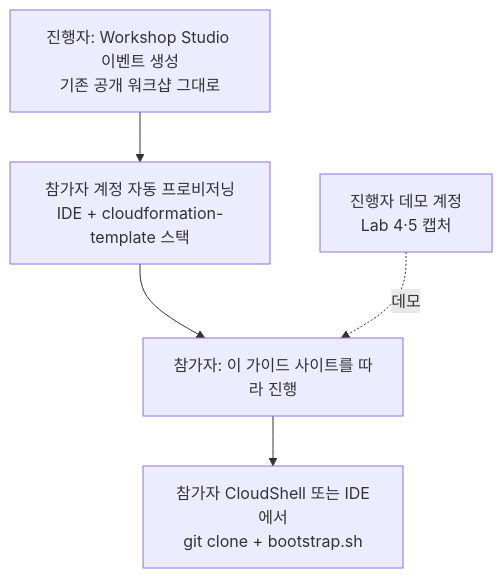
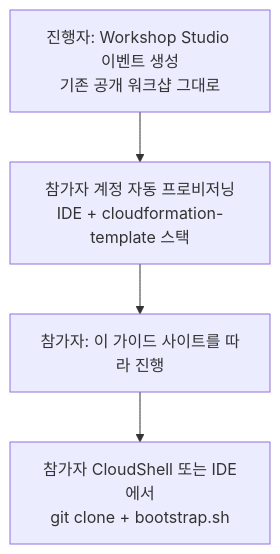
Before and after one commit to hsr87/devops-agent-workshop-kr: the diagram in docs/facilitator/index.md, drawn with Mermaid. The commit also changed other lines of this file and 7 other files, not shown here.

Commit message:
Fix Lab 3 reset to stop on failure; slim Lab 4·5 to an architecture page and Discovery to listening prompts

````diff
--- a/docs/facilitator/index.md
+++ b/docs/facilitator/index.md
@@ -5,7 +5,6 @@
 ```mermaid
 flowchart TB
   P[진행자: Workshop Studio 이벤트 생성<br/>기존 공개 워크샵 그대로] --> A[참가자 계정 자동 프로비저닝<br/>IDE + cloudformation-template 스택]
   A --> B[참가자: 이 가이드 사이트를 따라 진행]
   B --> C[참가자 CloudShell 또는 IDE에서<br/>git clone + bootstrap.sh]
-  D[진행자 데모 계정<br/>Lab 4·5 캡처] -.데모.-> B
 ```
````
